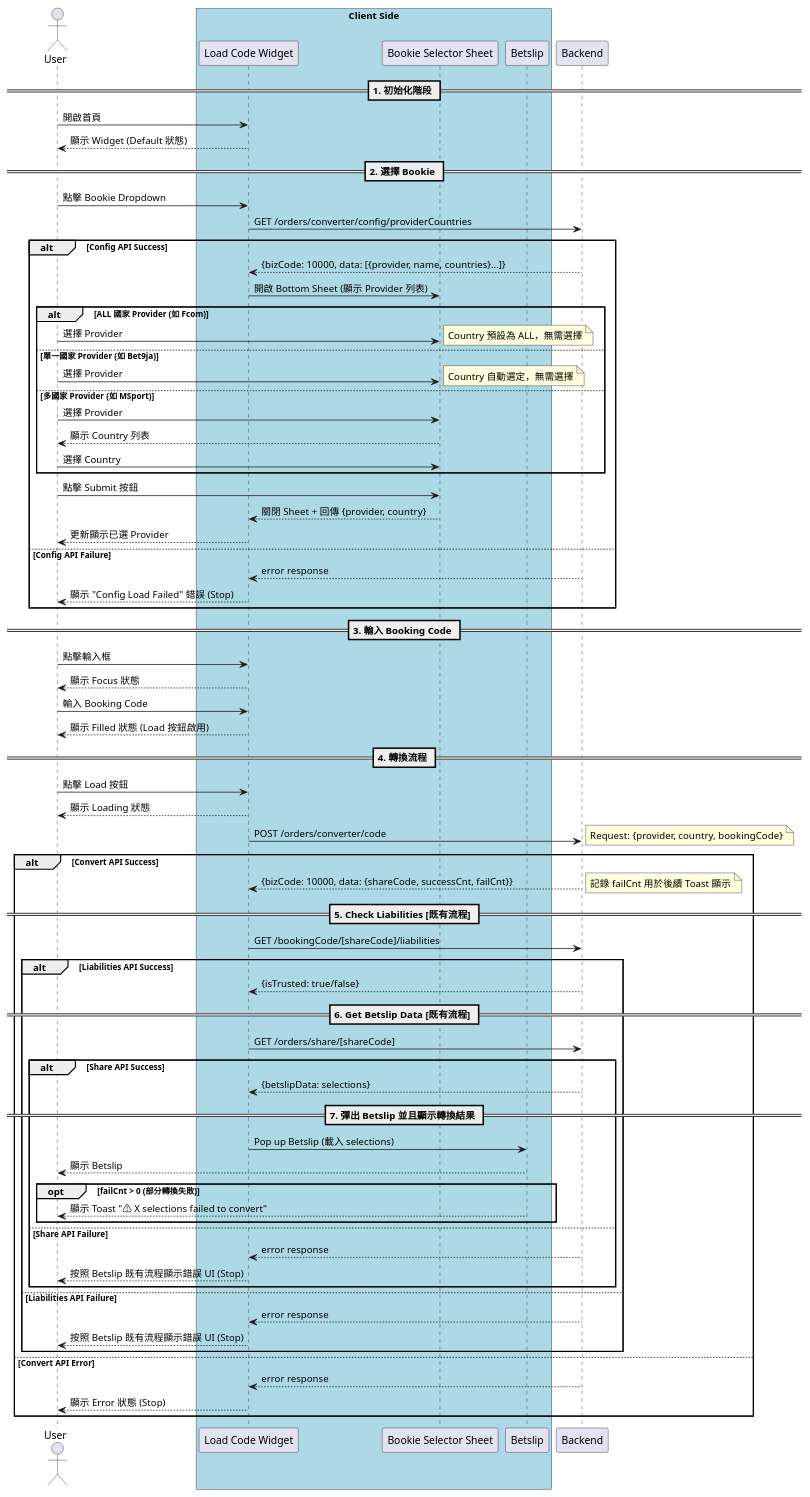
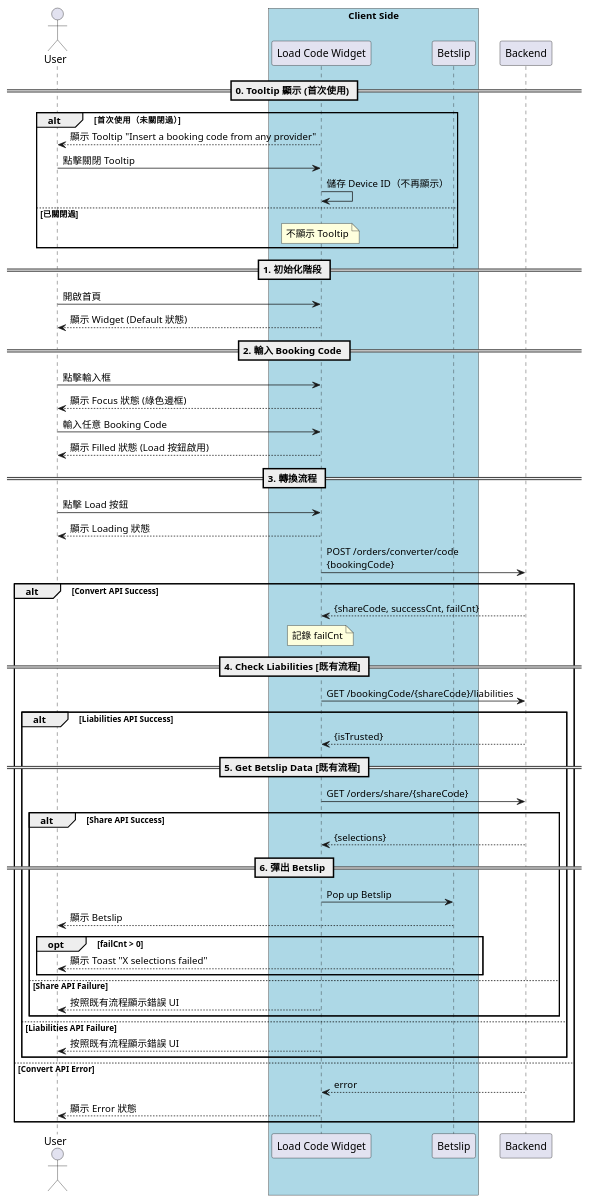
One commit to HsinChungHan/Code_Converter_TDD changed the diagram in Docs/03_Development/Phase1_Sequence_Diagram_1_Basic_Confluence.md. Above: the diagram before and after it, drawn with PlantUML. The commit also changed other lines of this file and 5 other files, not shown here.

```diff
--- a/Docs/03_Development/Phase1_Sequence_Diagram_1_Basic_Confluence.md
+++ b/Docs/03_Development/Phase1_Sequence_Diagram_1_Basic_Confluence.md
@@ -29,94 +36,69 @@
 actor User
 box "Client Side" #LightBlue
     participant "Load Code Widget" as Widget
-    participant "Bookie Selector Sheet" as Selector
     participant Betslip
 end box
 participant "Backend" as BE
+
+== 0. Tooltip 顯示 (首次使用) ==
+alt 首次使用（未關閉過）
+    Widget --> User : 顯示 Tooltip "Insert a booking code from any provider"
+    User -> Widget : 點擊關閉 Tooltip
+    Widget -> Widget : 儲存 Device ID（不再顯示）
+else 已關閉過
+    note over Widget : 不顯示 Tooltip
+end
 
 == 1. 初始化階段 ==
 User -> Widget : 開啟首頁
 Widget --> User : 顯示 Widget (Default 狀態)
 
-== 2. 選擇 Bookie ==
-User -> Widget : 點擊 Bookie Dropdown
-Widget -> BE : GET /orders/converter/config/providerCountries
-
-alt Config API Success
-    BE --> Widget : {bizCode: 10000, data: [{provider, name, countries}...]}
-    Widget -> Selector : 開啟 Bottom Sheet (顯示 Provider 列表)
-    
-    alt ALL 國家 Provider (如 Fcom)
-        User -> Selector : 選擇 Provider
-        note right : Country 預設為 ALL，無需選擇
-    else 單一國家 Provider (如 Bet9ja)
-        User -> Selector : 選擇 Provider
-        note right : Country 自動選定，無需選擇
-    else 多國家 Provider (如 MSport)
-        User -> Selector : 選擇 Provider
-        Selector --> User : 顯示 Country 列表
-        User -> Selector : 選擇 Country
-    end
-    
-    User -> Selector : 點擊 Submit 按鈕
-    Selector --> Widget : 關閉 Sheet + 回傳 {provider, country}
-    Widget --> User : 更新顯示已選 Provider
-    
-else Config API Failure
-    BE --> Widget : error response
-    Widget --> User : 顯示 "Config Load Failed" 錯誤 (Stop)
-end
-
-== 3. 輸入 Booking Code ==
+== 2. 輸入 Booking Code ==
 User -> Widget : 點擊輸入框
-Widget --> User : 顯示 Focus 狀態
-User -> Widget : 輸入 Booking Code
+Widget --> User : 顯示 Focus 狀態 (綠色邊框)
+User -> Widget : 輸入任意 Booking Code
 Widget --> User : 顯示 Filled 狀態 (Load 按鈕啟用)
 
-== 4. 轉換流程 ==
+== 3. 轉換流程 ==
 User -> Widget : 點擊 Load 按鈕
 Widget --> User : 顯示 Loading 狀態
-
-Widget -> BE : POST /orders/converter/code
-note right : Request: {provider, country, bookingCode}
+Widget -> BE : POST /orders/converter/code\n{bookingCode}
 
 alt Convert API Success
-    BE --> Widget : {bizCode: 10000, data: {shareCode, successCnt, failCnt}}
-    note right : 記錄 failCnt 用於後續 Toast 顯示
+    BE --> Widget : {shareCode, successCnt, failCnt}
+    note over Widget : 記錄 failCnt
     
-    == 5. Check Liabilities [既有流程] ==
-    Widget -> BE : GET /bookingCode/[shareCode]/liabilities
+    == 4. Check Liabilities [既有流程] ==
+    Widget -> BE : GET /bookingCode/{shareCode}/liabilities
     
     alt Liabilities API Success
-        BE --> Widget : {isTrusted: true/false}
+        BE --> Widget : {isTrusted}
         
-        == 6. Get Betslip Data [既有流程] ==
-        Widget -> BE : GET /orders/share/[shareCode]
+        == 5. Get Betslip Data [既有流程] ==
+        Widget -> BE : GET /orders/share/{shareCode}
         
         alt Share API Success
-            BE --> Widget : {betslipData: selections}
+            BE --> Widget : {selections}
             
-            == 7. 彈出 Betslip 並且顯示轉換結果 ==
-            Widget -> Betslip : Pop up Betslip (載入 selections)
+            == 6. 彈出 Betslip ==
+            Widget -> Betslip : Pop up Betslip
             Betslip --> User : 顯示 Betslip
             
-            opt failCnt > 0 (部分轉換失敗)
-                Betslip --> User : 顯示 Toast "⚠ X selections failed to convert"
+            opt failCnt > 0
+                Betslip --> User : 顯示 Toast "X selections failed"
             end
             
         else Share API Failure
-            BE --> Widget : error response
-            Widget --> User : 按照 Betslip 既有流程顯示錯誤 UI (Stop)
+            Widget --> User : 按照既有流程顯示錯誤 UI
         end
         
     else Liabilities API Failure
-        BE --> Widget : error response
-        Widget --> User : 按照 Betslip 既有流程顯示錯誤 UI (Stop)
+        Widget --> User : 按照既有流程顯示錯誤 UI
     end
     
 else Convert API Error
-    BE --> Widget : error response
-    Widget --> User : 顯示 Error 狀態 (Stop)
+    BE --> Widget : error
+    Widget --> User : 顯示 Error 狀態
 end
 
 @enduml
```
